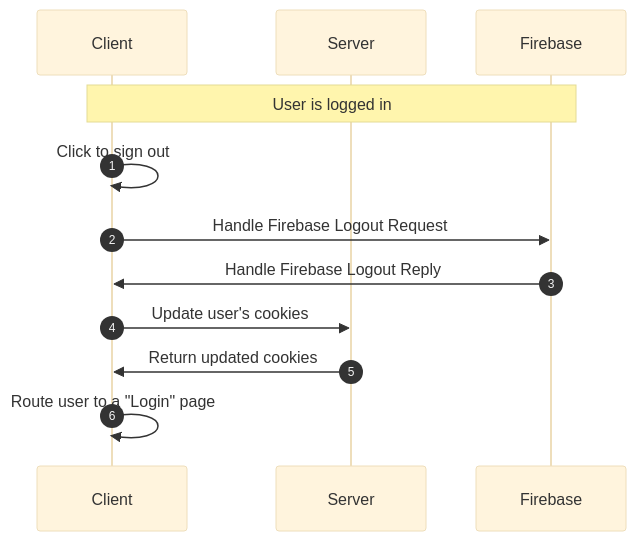
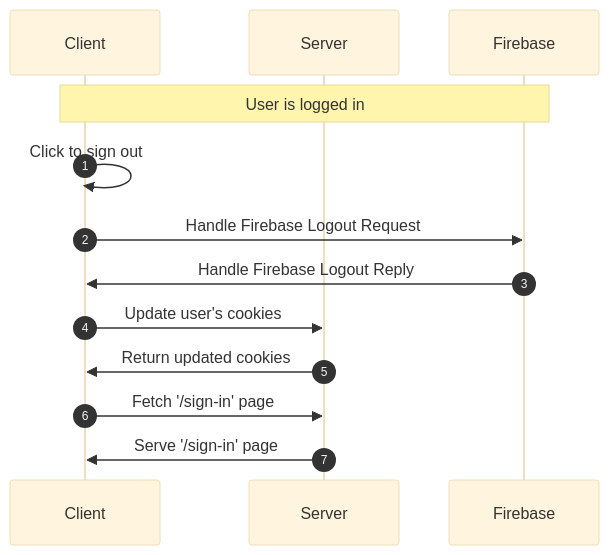
The fourth of 5 diagrams in README.md (matthova/nextjs-firebase-server-cookies), drawn with Mermaid (base theme) before and after one commit. The commit also changed other lines of this file and 10 other files, not shown here.

Commit message:
Handle sign-in page logic

````diff
--- a/README.md
+++ b/README.md
@@ -139,14 +141,15 @@
 ```mermaid
 sequenceDiagram
     autonumber
     participant A as Client
     participant B as Server
     participant C as Firebase
     Note over A,C: User is logged in
     A->>A: Click to sign out
     A->>C: Handle Firebase Logout Request
     C->>A: Handle Firebase Logout Reply
     A->>B: Update user's cookies
     B->>A: Return updated cookies
-    A->>A: Route user to a "Login" page
+    A->>B: Fetch '/sign-in' page
+    B->>A: Serve '/sign-in' page
 ```
````
